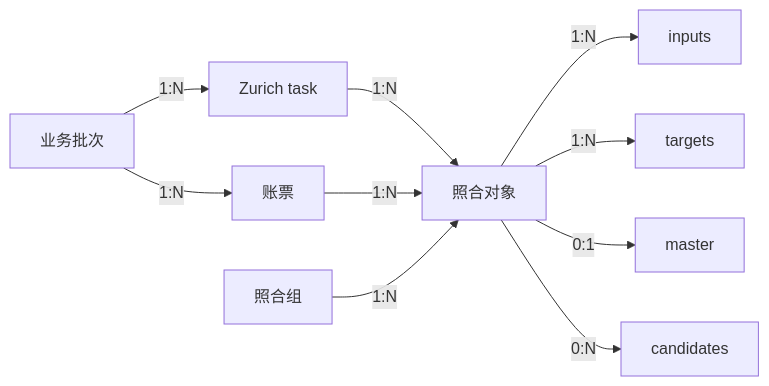
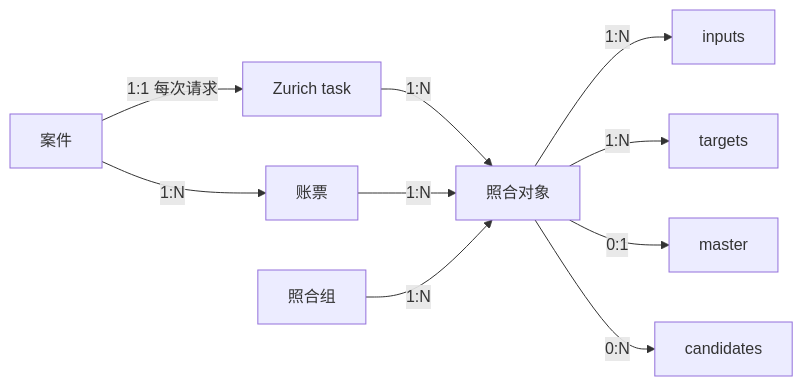
Before and after one commit to aruirage/IDP-Ph4-Master-Demo-PRD: the second of 2 diagrams in interaction-prd/NeosAI-IDP-四期需求-workspace/prd/chapter-03.md, drawn with Mermaid. The commit also changed other lines of this file and 24 other files, not shown here.

````diff
--- a/interaction-prd/NeosAI-IDP-四期需求-workspace/prd/chapter-03.md
+++ b/interaction-prd/NeosAI-IDP-四期需求-workspace/prd/chapter-03.md
@@ -92,12 +94,12 @@
 ```mermaid
 flowchart LR
-    BATCH[业务批次] -->|1:N| TASK[Zurich task]
-    BATCH -->|1:N| DOC[账票]
+    CASE[案件] -->|1:1 每次请求| TASK[Zurich task]
+    CASE -->|1:N| DOC[账票]
     TASK -->|1:N| ITEM[照合对象]
     DOC -->|1:N| ITEM
     GROUP[照合组] -->|1:N| ITEM
     ITEM -->|1:N| INPUT[inputs]
     ITEM -->|1:N| TARGET[targets]
     ITEM -->|0:1| MASTER_ROW[master]
     ITEM -->|0:N| CANDIDATE[candidates]
 ```
````
